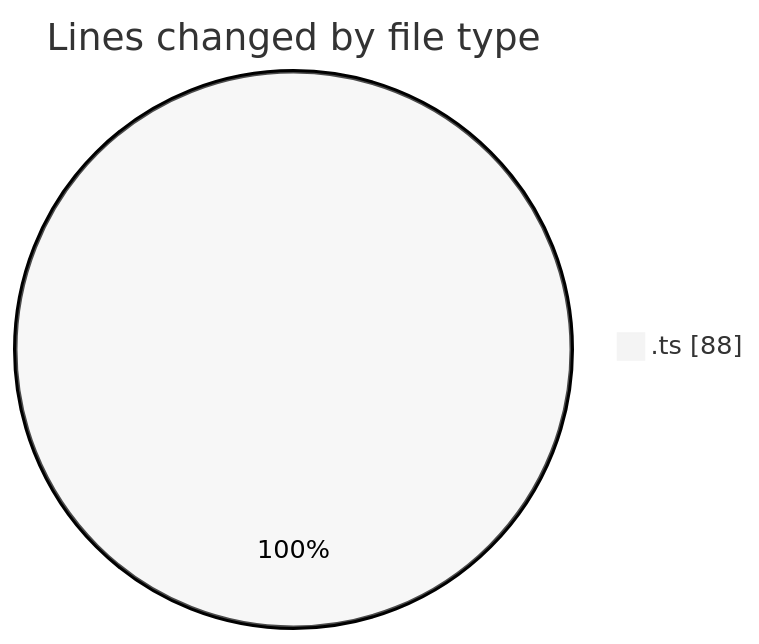
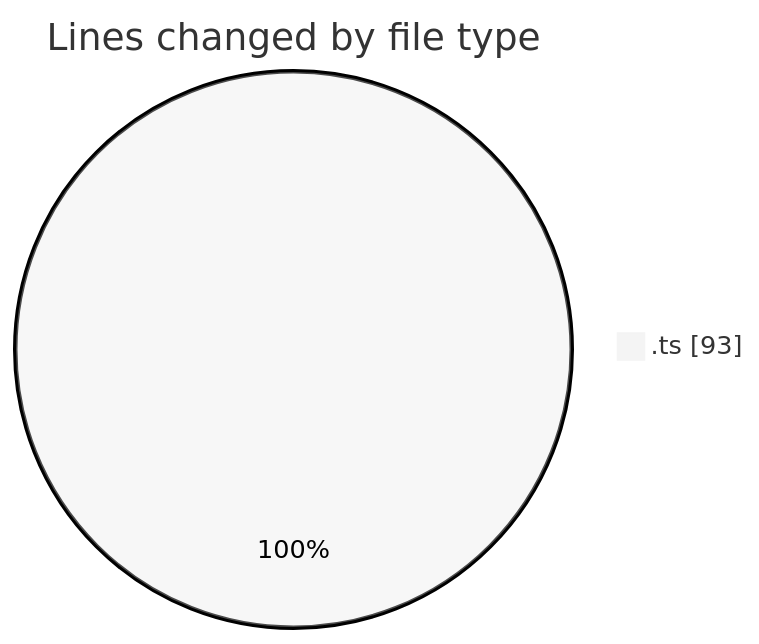
One commit to robertbonfada/code-tracking changed the first of 2 diagrams in 2025-03-11/audiobooks-web/README.md. Above: the diagram before and after it, drawn with Mermaid (neutral theme). The commit also changed other lines of this file and 1 other file, not shown here.

````diff
--- a/2025-03-11/audiobooks-web/README.md
+++ b/2025-03-11/audiobooks-web/README.md
@@ -20,5 +20,5 @@
 ```mermaid
 pie showData
 title Lines changed by file type
-".ts" : 88
+".ts" : 93
 ```
````
